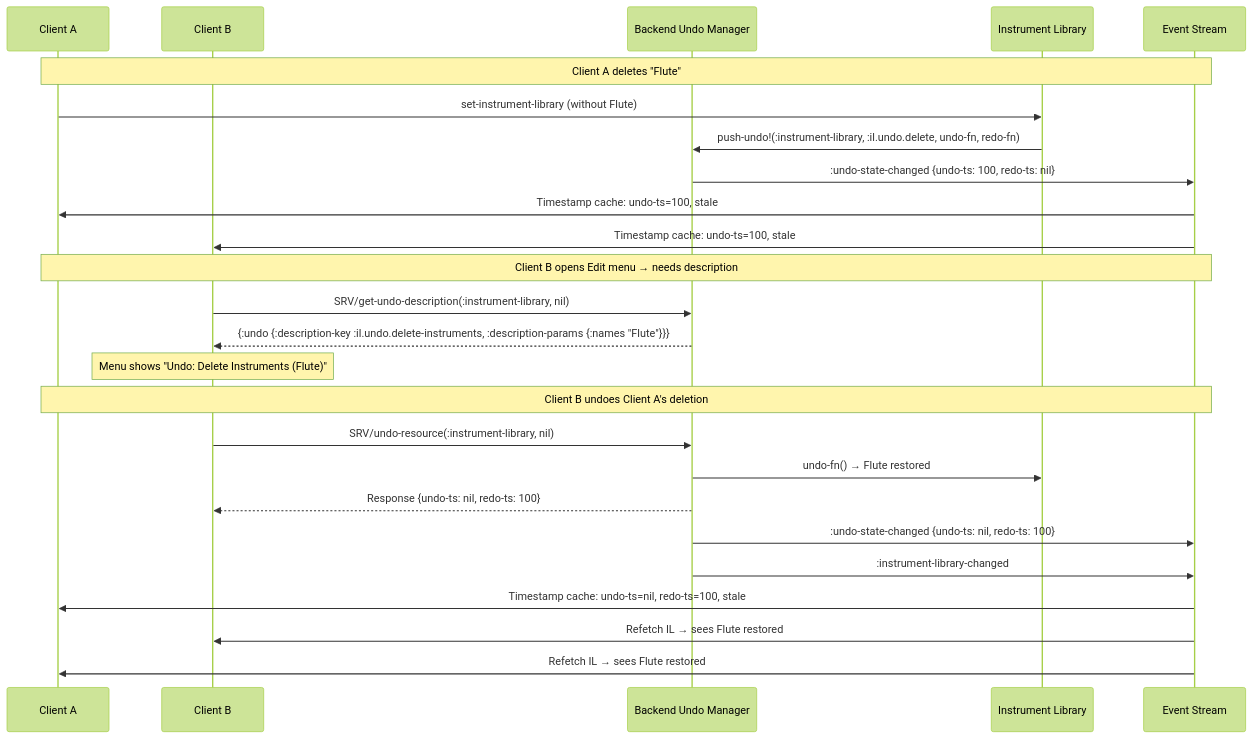
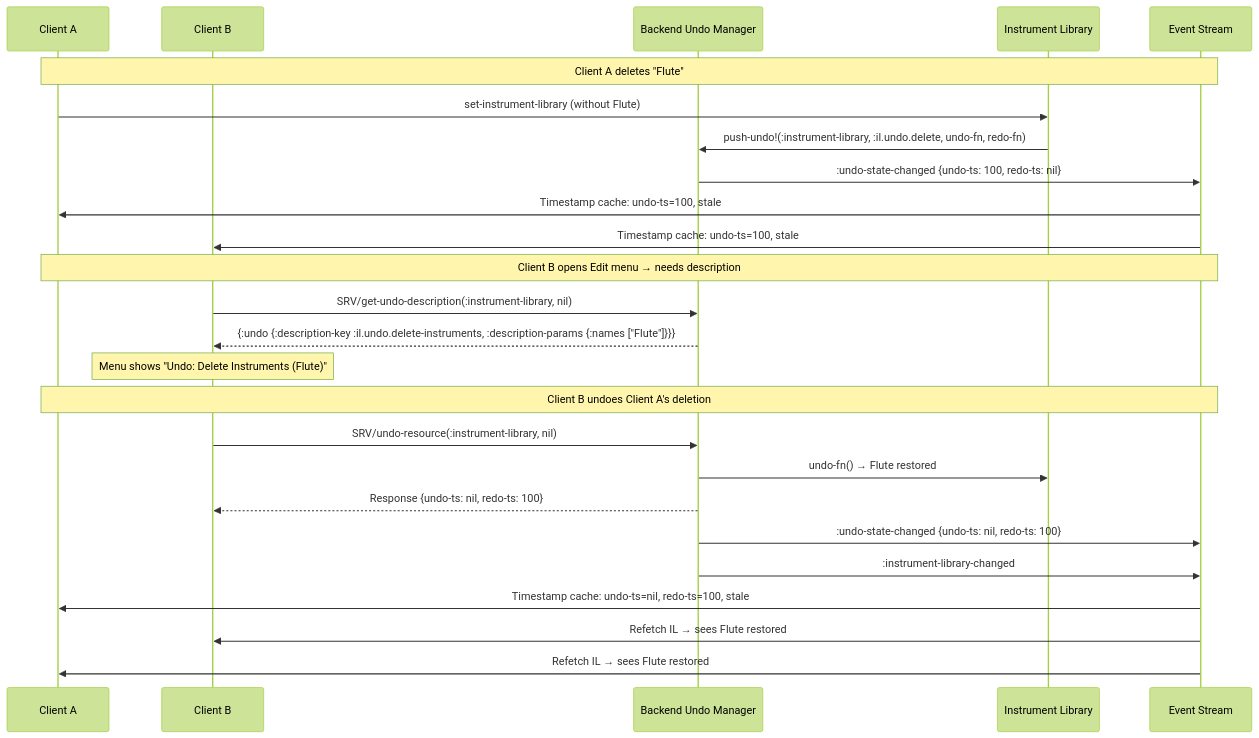
Before and after one commit to PeterBengtson/Ooloi-docs: the third of 4 diagrams in ADRs/0015-Undo-and-Redo.md, drawn with Mermaid (forest theme). The commit also changed other lines of this file, not shown here.

````diff
--- a/ADRs/0015-Undo-and-Redo.md
+++ b/ADRs/0015-Undo-and-Redo.md
@@ -905,30 +912,30 @@
 ```mermaid
 sequenceDiagram
     participant A as Client A
     participant B as Client B
     participant UM as Backend Undo Manager
     participant IL as Instrument Library
     participant E as Event Stream
 
     Note over A,E: Client A deletes "Flute"
     A->>IL: set-instrument-library (without Flute)
     IL->>UM: push-undo!(:instrument-library, :il.undo.delete, undo-fn, redo-fn)
     UM->>E: :undo-state-changed {undo-ts: 100, redo-ts: nil}
     E->>A: Timestamp cache: undo-ts=100, stale
     E->>B: Timestamp cache: undo-ts=100, stale
 
     Note over A,E: Client B opens Edit menu → needs description
     B->>UM: SRV/get-undo-description(:instrument-library, nil)
-    UM-->>B: {:undo {:description-key :il.undo.delete-instruments, :description-params {:names "Flute"}}}
+    UM-->>B: {:undo {:description-key :il.undo.delete-instruments, :description-params {:names ["Flute"]}}}
     Note over B: Menu shows "Undo: Delete Instruments (Flute)"
 
     Note over A,E: Client B undoes Client A's deletion
     B->>UM: SRV/undo-resource(:instrument-library, nil)
     UM->>IL: undo-fn() → Flute restored
     UM-->>B: Response {undo-ts: nil, redo-ts: 100}
     UM->>E: :undo-state-changed {undo-ts: nil, redo-ts: 100}
     UM->>E: :instrument-library-changed
     E->>A: Timestamp cache: undo-ts=nil, redo-ts=100, stale
     E->>B: Refetch IL → sees Flute restored
     E->>A: Refetch IL → sees Flute restored
 ```
````
